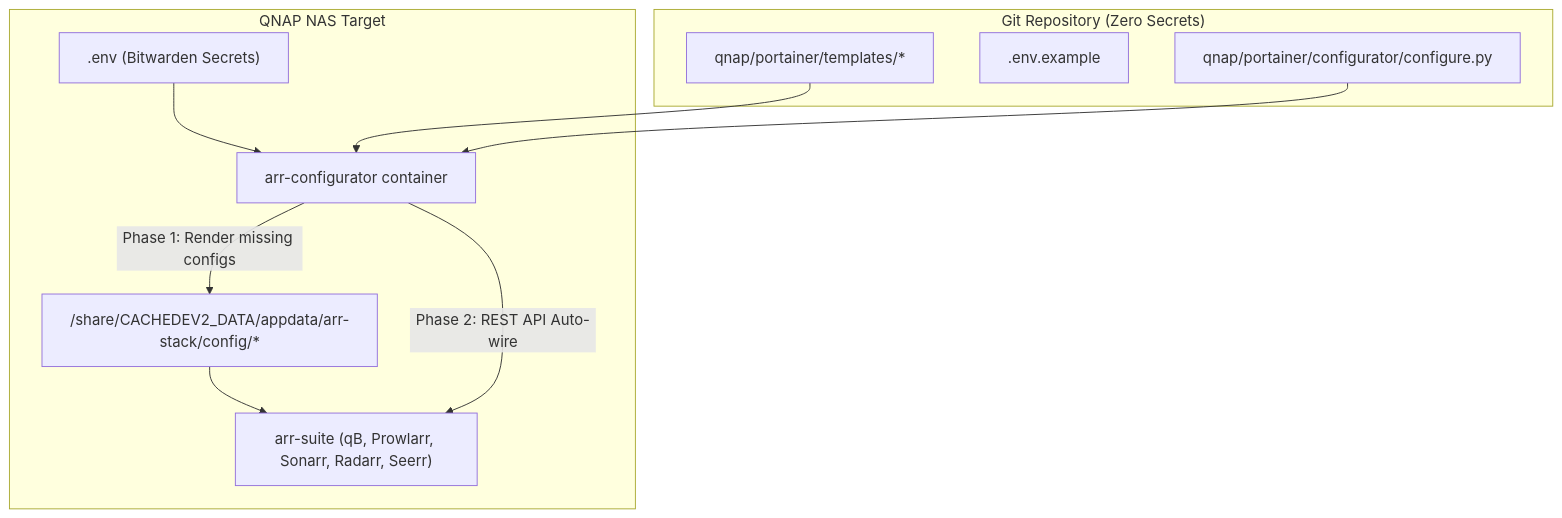
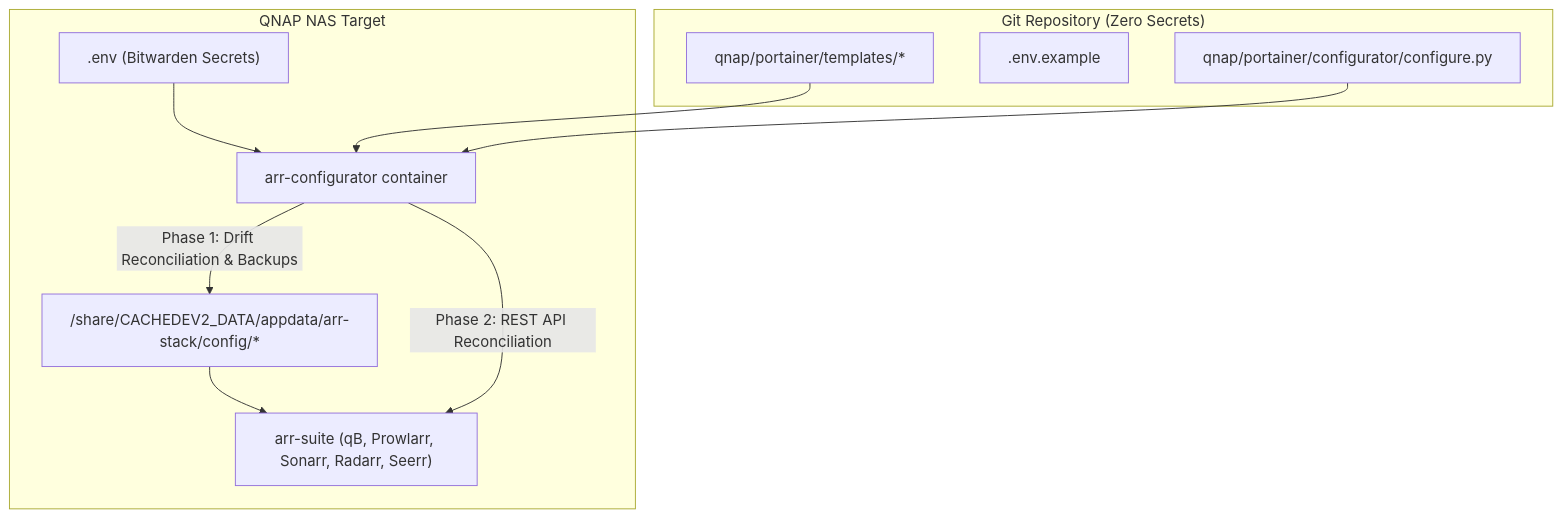
Before and after one commit to reidMaks/test: the diagram in docs/architecture/033-media-stack-configuration-as-code.md, drawn with Mermaid. The commit also changed other lines of this file and 1 other file, not shown here.

Commit message:
feat(qnap): add active drift reconciliation to arr-configurator

````diff
--- a/docs/architecture/033-media-stack-configuration-as-code.md
+++ b/docs/architecture/033-media-stack-configuration-as-code.md
@@ -28,23 +30,23 @@
 ```mermaid
 flowchart TD
     subgraph Repo ["Git Repository (Zero Secrets)"]
         Templates["qnap/portainer/templates/*"]
         EnvExample[".env.example"]
         Configurator["qnap/portainer/configurator/configure.py"]
     end
 
     subgraph QNAP ["QNAP NAS Target"]
         Env[".env (Bitwarden Secrets)"]
         Init["arr-configurator container"]
         Configs["/share/CACHEDEV2_DATA/appdata/arr-stack/config/*"]
         Services["arr-suite (qB, Prowlarr, Sonarr, Radarr, Seerr)"]
     end
 
     Templates --> Init
     Env --> Init
     Configurator --> Init
 
-    Init -- "Phase 1: Render missing configs" --> Configs
+    Init -- "Phase 1: Drift Reconciliation & Backups" --> Configs
     Configs --> Services
-    Init -- "Phase 2: REST API Auto-wire" --> Services
+    Init -- "Phase 2: REST API Reconciliation" --> Services
 ```
````
